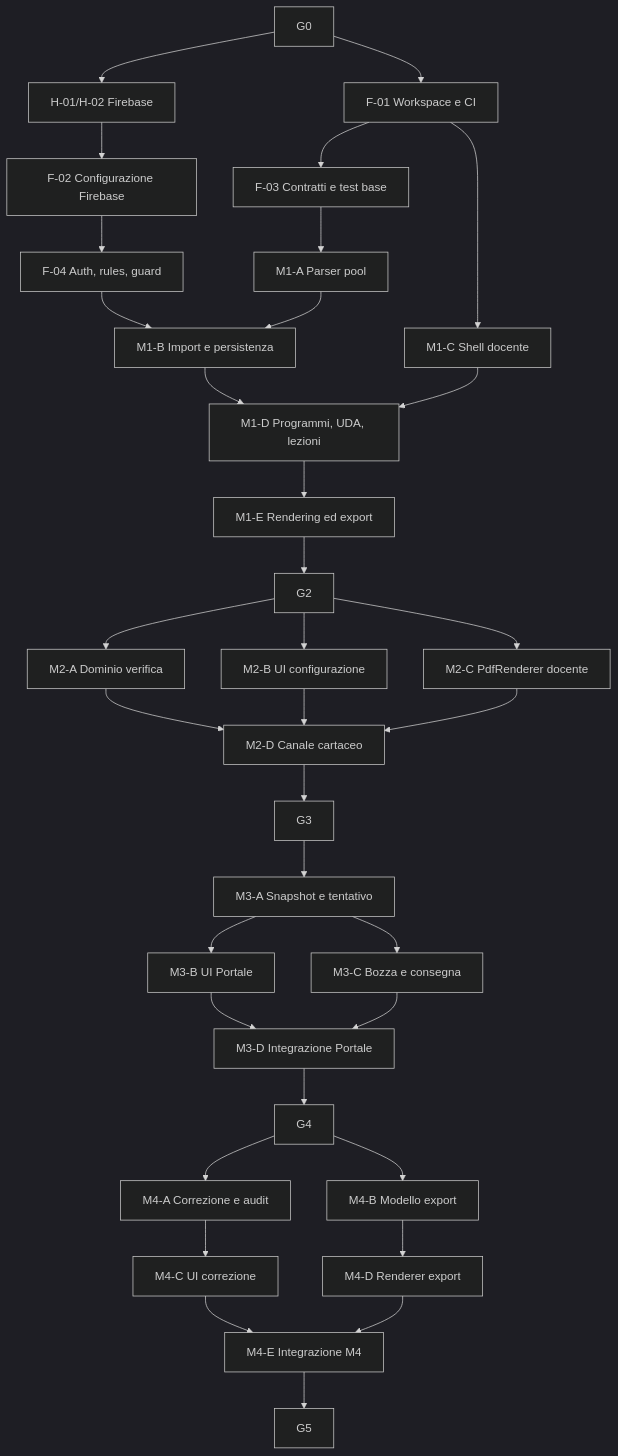
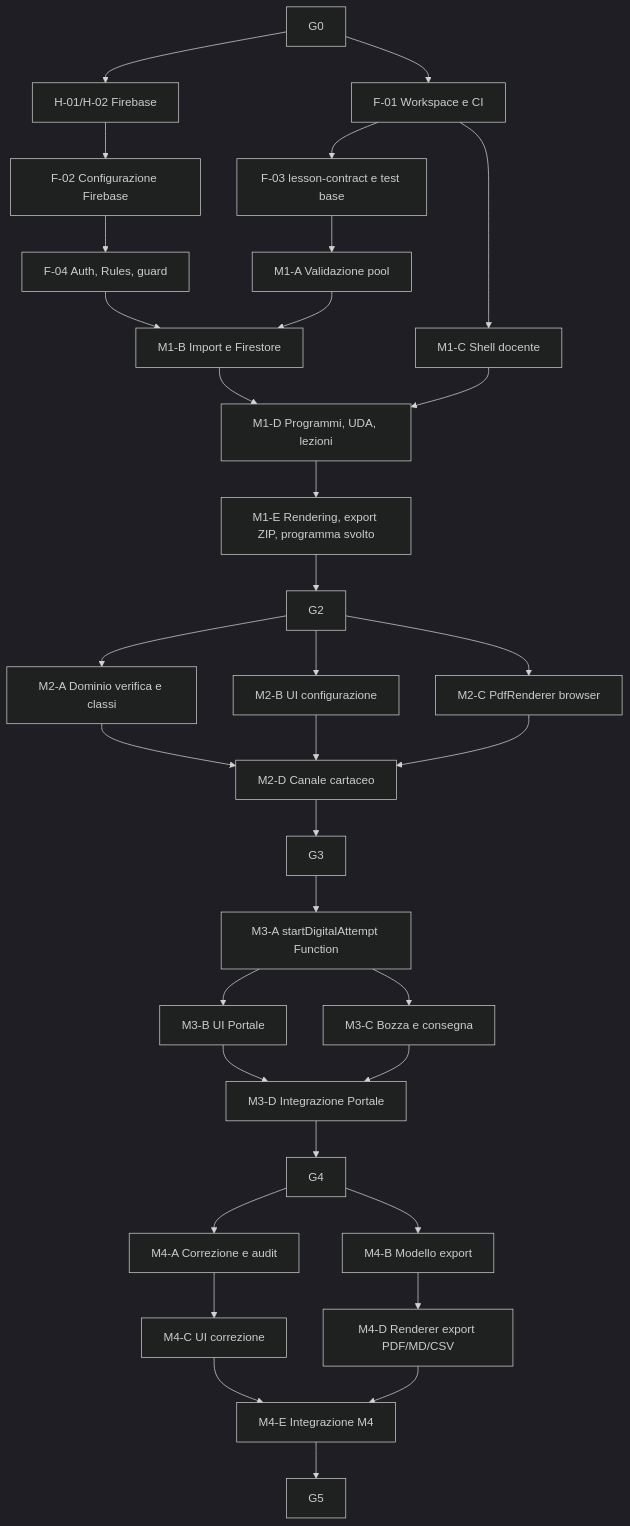
One commit to EnricoPaparo/SchoolForge changed the diagram in documentazione/piano-implementazione.md. Above: the diagram before and after it, drawn with Mermaid (dark theme). The commit also changed other lines of this file and 14 other files, not shown here.

````diff
--- a/documentazione/piano-implementazione.md
+++ b/documentazione/piano-implementazione.md
@@ -106,36 +111,36 @@
 ```mermaid
 flowchart TD
     G0 --> F1["F-01 Workspace e CI"]
     G0 --> H1["H-01/H-02 Firebase"]
     H1 --> F2["F-02 Configurazione Firebase"]
-    F1 --> F3["F-03 Contratti e test base"]
-    F2 --> F4["F-04 Auth, rules, guard"]
-    F3 --> M1A["M1-A Parser pool"]
-    F4 --> M1B["M1-B Import e persistenza"]
+    F1 --> F3["F-03 lesson-contract e test base"]
+    F2 --> F4["F-04 Auth, Rules, guard"]
+    F3 --> M1A["M1-A Validazione pool"]
+    F4 --> M1B["M1-B Import e Firestore"]
     M1A --> M1B
     F1 --> M1C["M1-C Shell docente"]
     M1B --> M1D["M1-D Programmi, UDA, lezioni"]
     M1C --> M1D
-    M1D --> M1E["M1-E Rendering ed export"]
+    M1D --> M1E["M1-E Rendering, export ZIP, programma svolto"]
     M1E --> G2
-    G2 --> M2A["M2-A Dominio verifica"]
+    G2 --> M2A["M2-A Dominio verifica e classi"]
     G2 --> M2B["M2-B UI configurazione"]
-    G2 --> M2C["M2-C PdfRenderer docente"]
+    G2 --> M2C["M2-C PdfRenderer browser"]
     M2A --> M2D["M2-D Canale cartaceo"]
     M2B --> M2D
     M2C --> M2D
     M2D --> G3
-    G3 --> M3A["M3-A Snapshot e tentativo"]
+    G3 --> M3A["M3-A startDigitalAttempt Function"]
     M3A --> M3B["M3-B UI Portale"]
     M3A --> M3C["M3-C Bozza e consegna"]
     M3B --> M3D["M3-D Integrazione Portale"]
     M3C --> M3D
     M3D --> G4
     G4 --> M4A["M4-A Correzione e audit"]
     G4 --> M4B["M4-B Modello export"]
     M4A --> M4C["M4-C UI correzione"]
-    M4B --> M4D["M4-D Renderer export"]
+    M4B --> M4D["M4-D Renderer export PDF/MD/CSV"]
     M4C --> M4E["M4-E Integrazione M4"]
     M4D --> M4E
     M4E --> G5
 ```
````
